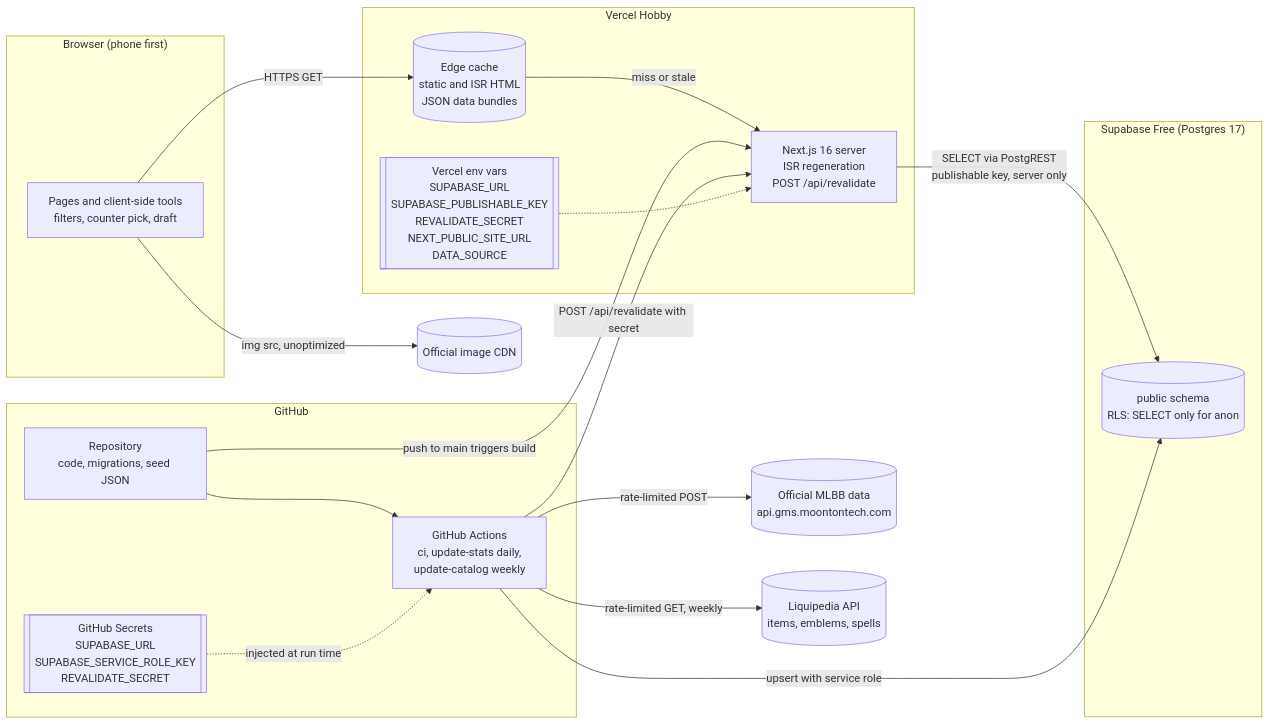
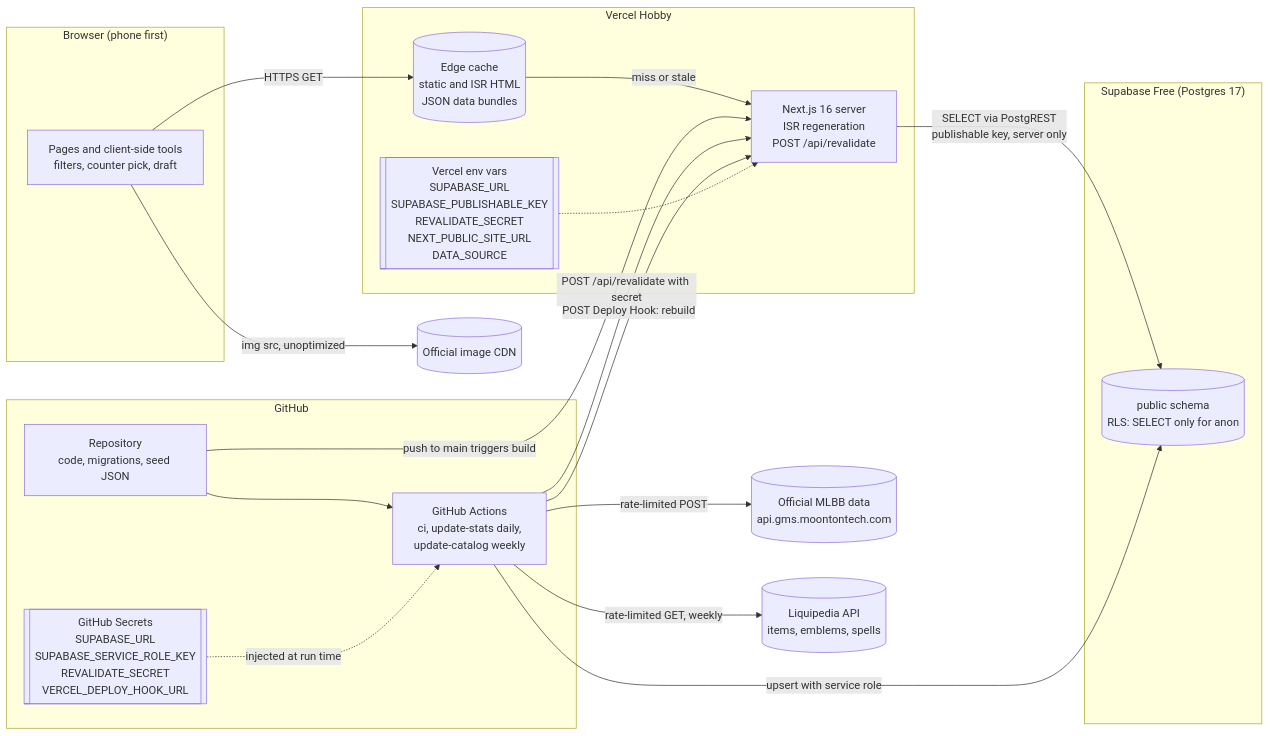
Before and after one commit to Vonfring/meta-pick-mlbb: the first of 3 diagrams in docs/architecture.md, drawn with Mermaid. The commit also changed other lines of this file and 15 other files, not shown here.

First line of the commit message:
Rebuild the data bundles after each update, fix the site URL, upgrade Next

````diff
--- a/docs/architecture.md
+++ b/docs/architecture.md
@@ -27,35 +27,36 @@
 ```mermaid
 flowchart LR
     subgraph Browser["Browser (phone first)"]
         UI["Pages and client-side tools<br/>filters, counter pick, draft"]
     end
     subgraph Vercel["Vercel Hobby"]
         EDGE[("Edge cache<br/>static and ISR HTML<br/>JSON data bundles")]
         APP["Next.js 16 server<br/>ISR regeneration<br/>POST /api/revalidate"]
         VENV[["Vercel env vars<br/>SUPABASE_URL<br/>SUPABASE_PUBLISHABLE_KEY<br/>REVALIDATE_SECRET<br/>NEXT_PUBLIC_SITE_URL<br/>DATA_SOURCE"]]
     end
     subgraph Supabase["Supabase Free (Postgres 17)"]
         DB[("public schema<br/>RLS: SELECT only for anon")]
     end
     subgraph GitHub["GitHub"]
         REPO["Repository<br/>code, migrations, seed JSON"]
         GHA["GitHub Actions<br/>ci, update-stats daily,<br/>update-catalog weekly"]
-        GSEC[["GitHub Secrets<br/>SUPABASE_URL<br/>SUPABASE_SERVICE_ROLE_KEY<br/>REVALIDATE_SECRET"]]
+        GSEC[["GitHub Secrets<br/>SUPABASE_URL<br/>SUPABASE_SERVICE_ROLE_KEY<br/>REVALIDATE_SECRET<br/>VERCEL_DEPLOY_HOOK_URL"]]
     end
     SRC[("Official MLBB data<br/>api.gms.moontontech.com")]
     WIKI[("Liquipedia API<br/>items, emblems, spells")]
     IMG[("Official image CDN")]
 
     UI -->|"HTTPS GET"| EDGE
     EDGE -->|"miss or stale"| APP
     APP -->|"SELECT via PostgREST<br/>publishable key, server only"| DB
     UI -->|"img src, unoptimized"| IMG
     REPO -->|"push to main triggers build"| APP
     REPO --> GHA
     GSEC -.->|"injected at run time"| GHA
     GHA -->|"rate-limited POST"| SRC
     GHA -->|"rate-limited GET, weekly"| WIKI
     GHA -->|"upsert with service role"| DB
     GHA -->|"POST /api/revalidate with secret"| APP
+    GHA -->|"POST Deploy Hook: rebuild"| APP
     VENV -.-> APP
 ```
````
